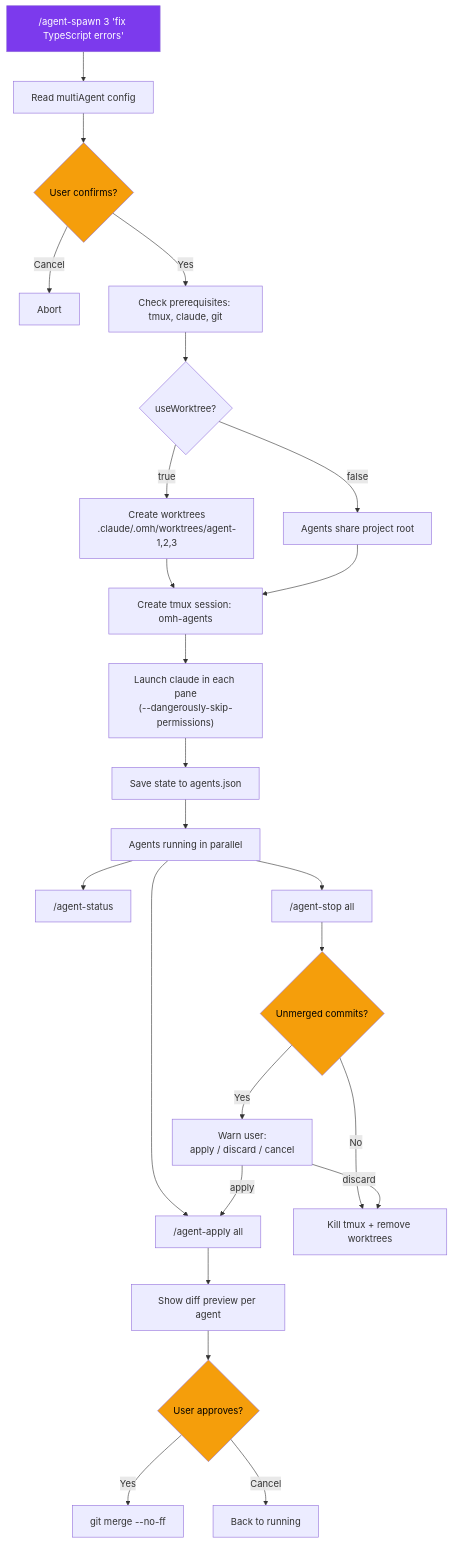
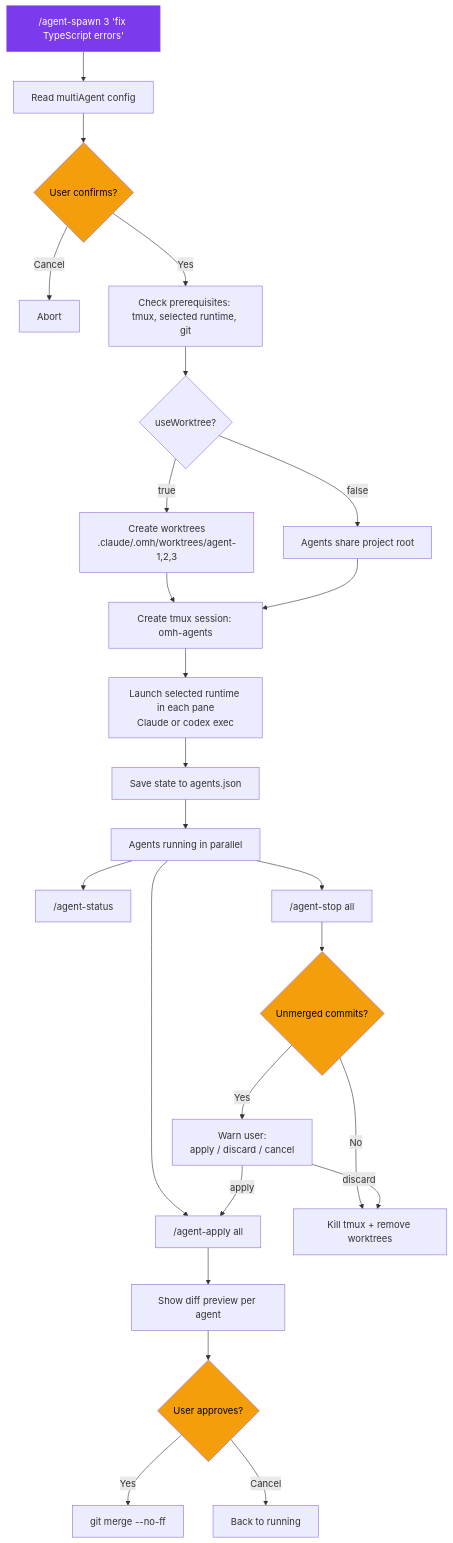
Before and after one commit to Hoya324/oh-my-harness: the first of 3 diagrams in docs/multi-agent.md, drawn with Mermaid. The commit also changed other lines of this file and 20 other files, not shown here.

Commit message:
docs: document Claude and Codex support

````diff
--- a/docs/multi-agent.md
+++ b/docs/multi-agent.md
@@ -16,38 +29,38 @@
 ```mermaid
 graph TD
     START["/agent-spawn 3 'fix TypeScript errors'"] --> CONFIG[Read multiAgent config]
     CONFIG --> CONFIRM{"User confirms?"}
     CONFIRM -->|Cancel| ABORT[Abort]
-    CONFIRM -->|Yes| CHECK[Check prerequisites: tmux, claude, git]
+    CONFIRM -->|Yes| CHECK[Check prerequisites: tmux, selected runtime, git]
     CHECK --> WT{"useWorktree?"}
 
     WT -->|true| CREATE_WT["Create worktrees<br/>.claude/.omh/worktrees/agent-1,2,3"]
     WT -->|false| SHARED[Agents share project root]
 
     CREATE_WT --> TMUX[Create tmux session: omh-agents]
     SHARED --> TMUX
 
-    TMUX --> LAUNCH["Launch claude in each pane<br/>(--dangerously-skip-permissions)"]
+    TMUX --> LAUNCH["Launch selected runtime in each pane<br/>Claude or codex exec"]
     LAUNCH --> STATE[Save state to agents.json]
     STATE --> DONE[Agents running in parallel]
 
     DONE --> STATUS["/agent-status"]
     DONE --> APPLY["/agent-apply all"]
     DONE --> STOP["/agent-stop all"]
 
     APPLY --> DIFF[Show diff preview per agent]
     DIFF --> MERGE{"User approves?"}
     MERGE -->|Yes| GIT_MERGE["git merge --no-ff"]
     MERGE -->|Cancel| BACK[Back to running]
 
     STOP --> UNMERGED{"Unmerged commits?"}
     UNMERGED -->|Yes| WARN["Warn user:<br/>apply / discard / cancel"]
     UNMERGED -->|No| CLEANUP["Kill tmux + remove worktrees"]
     WARN -->|discard| CLEANUP
     WARN -->|apply| APPLY
 
     style START fill:#7C3AED,color:#fff
     style CONFIRM fill:#f59e0b,color:#000
     style MERGE fill:#f59e0b,color:#000
     style UNMERGED fill:#f59e0b,color:#000
 ```
````
